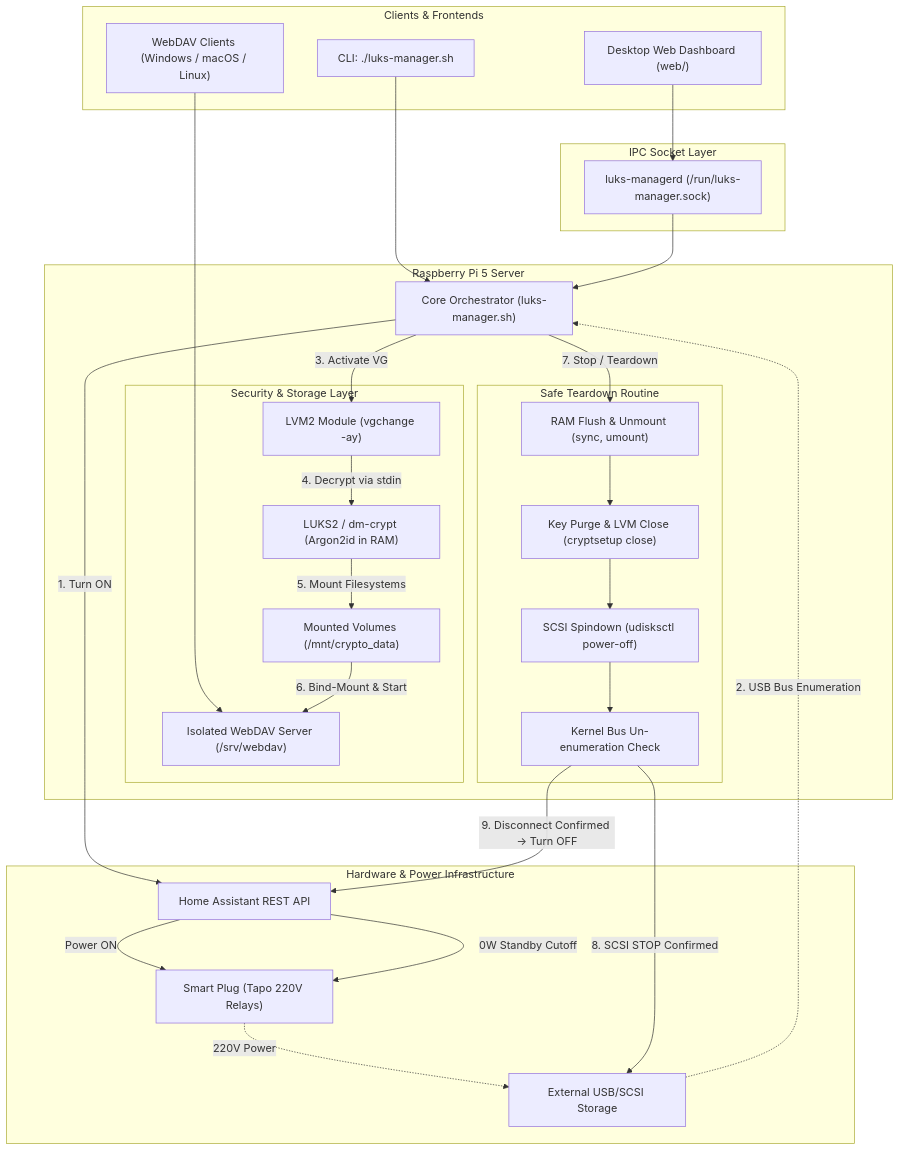
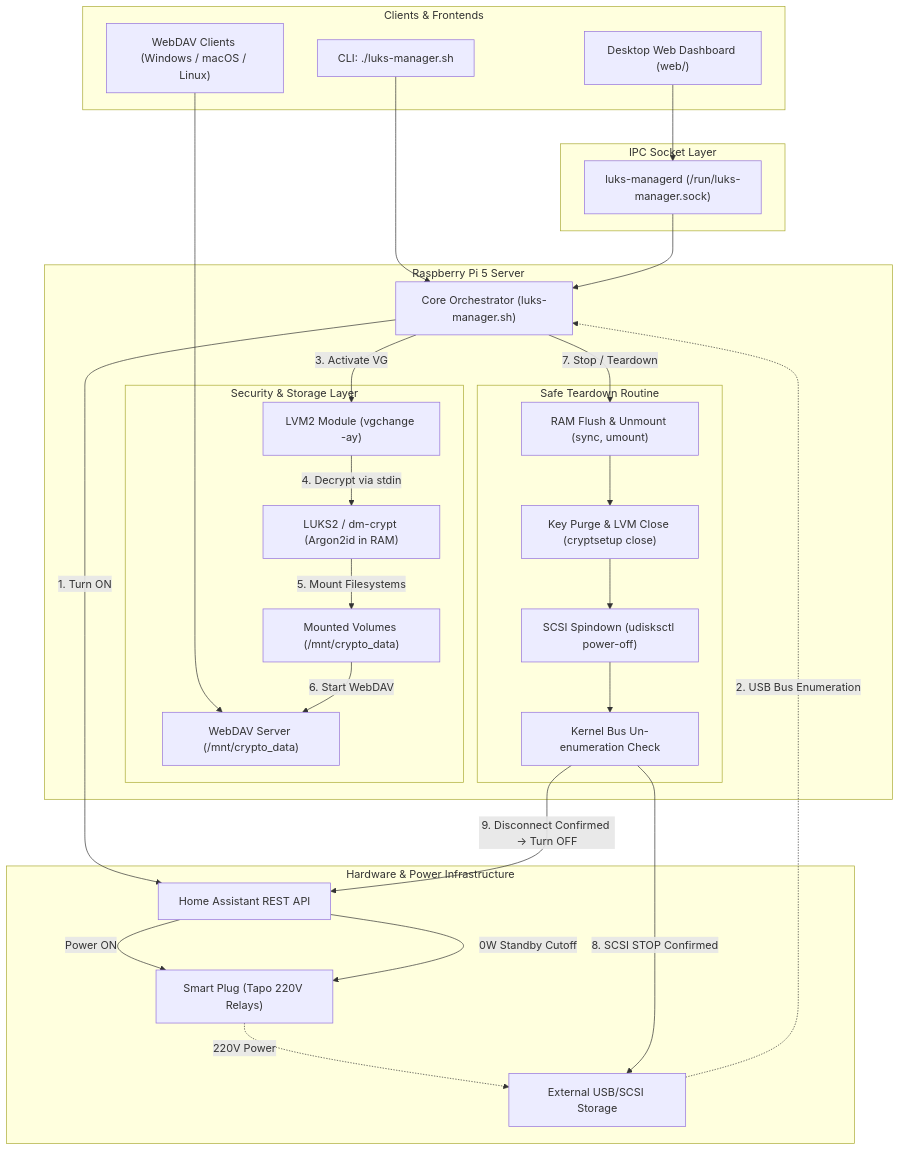
The diagram in README.md (a-cifrodelli/luks-companion), drawn with Mermaid before and after one commit. The commit also changed other lines of this file and 5 other files, not shown here.

Commit message:
fix(webdav): eliminate intermediate bind-mounts, point directly to MOUNT_CRYPTO with scope / and explicit modification rules

````diff
--- a/README.md
+++ b/README.md
@@ -28,63 +28,63 @@
 ```mermaid
 flowchart TD
     subgraph CLIENTS ["Clients & Frontends"]
         CLI["CLI: ./luks-manager.sh"]
         WebUI["Desktop Web Dashboard (web/)"]
         WebDAVClient["WebDAV Clients (Windows / macOS / Linux)"]
     end
 
     subgraph DAEMON ["IPC Socket Layer"]
         SocketDaemon["luks-managerd (/run/luks-manager.sock)"]
     end
 
     subgraph HOST ["Raspberry Pi 5 Server"]
         Orchestrator["Core Orchestrator (luks-manager.sh)"]
         
         subgraph SEC ["Security & Storage Layer"]
             LVM["LVM2 Module (vgchange -ay)"]
             LUKS["LUKS2 / dm-crypt (Argon2id in RAM)"]
             Mounts["Mounted Volumes (/mnt/crypto_data)"]
-            WebDAV["Isolated WebDAV Server (/srv/webdav)"]
+            WebDAV["WebDAV Server (/mnt/crypto_data)"]
         end
         
         subgraph TEARDOWN ["Safe Teardown Routine"]
             Sync["RAM Flush & Unmount (sync, umount)"]
             Purge["Key Purge & LVM Close (cryptsetup close)"]
             Spindown["SCSI Spindown (udisksctl power-off)"]
             Verify["Kernel Bus Un-enumeration Check"]
         end
     end
 
     subgraph HARDWARE ["Hardware & Power Infrastructure"]
         HA["Home Assistant REST API"]
         Plug["Smart Plug (Tapo 220V Relays)"]
         Drive["External USB/SCSI Storage"]
     end
 
     %% Client Connections
     CLI --> Orchestrator
     WebUI --> SocketDaemon
     SocketDaemon --> Orchestrator
     WebDAVClient --> WebDAV
 
     %% Power-On Flow
     Orchestrator -->|1. Turn ON| HA
     HA -->|Power ON| Plug
     Plug -.->|220V Power| Drive
     Drive -.->|2. USB Bus Enumeration| Orchestrator
 
     %% Unlock Flow
     Orchestrator -->|3. Activate VG| LVM
     LVM -->|4. Decrypt via stdin| LUKS
     LUKS -->|5. Mount Filesystems| Mounts
-    Mounts -->|6. Bind-Mount & Start| WebDAV
+    Mounts -->|6. Start WebDAV| WebDAV
 
     %% Teardown Flow
     Orchestrator -->|7. Stop / Teardown| Sync
     Sync --> Purge
     Purge --> Spindown
     Spindown --> Verify
     Verify -->|8. SCSI STOP Confirmed| Drive
     Verify -->|9. Disconnect Confirmed -> Turn OFF| HA
     HA -->|0W Standby Cutoff| Plug
 ```
````
